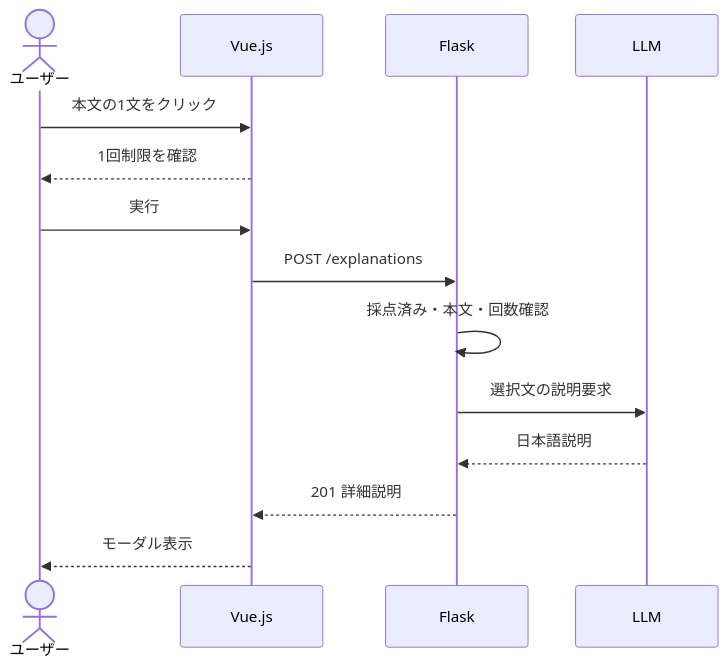
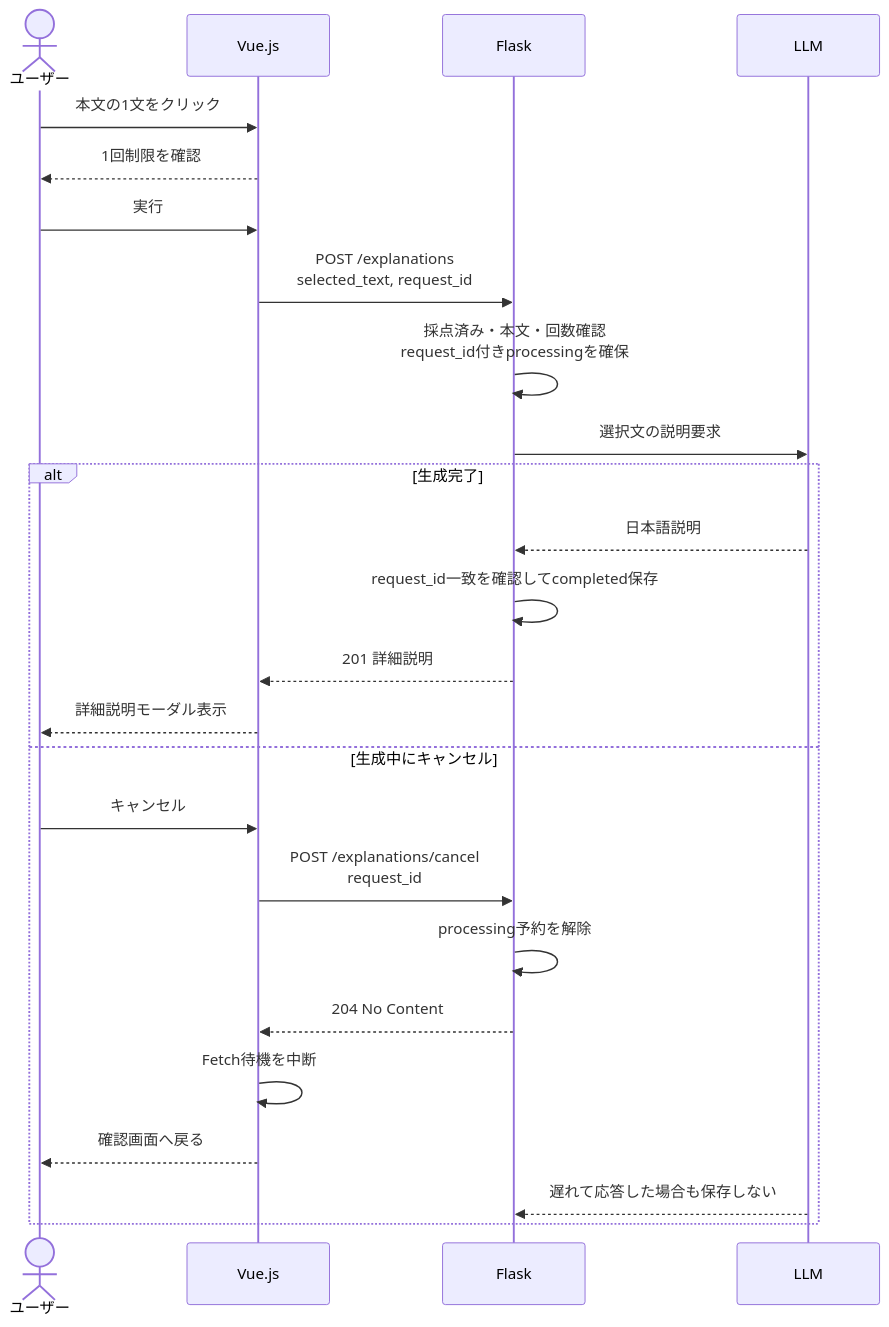
Before and after one commit to mie-u-psd-2026/mu-psd08: the fifth of 6 diagrams in design-document.md, drawn with Mermaid. The commit also changed other lines of this file, not shown here.

````diff
--- a/design-document.md
+++ b/design-document.md
@@ -777,17 +1291,53 @@
 ```mermaid
+
 sequenceDiagram
+
     actor U as ユーザー
+
     participant V as Vue.js
+
     participant F as Flask
+
     participant L as LLM
 
     U->>V: 本文の1文をクリック
+
     V-->>U: 1回制限を確認
+
     U->>V: 実行
-    V->>F: POST /explanations
-    F->>F: 採点済み・本文・回数確認
+
+    V->>F: POST /explanations<br/>selected_text, request_id
+
+    F->>F: 採点済み・本文・回数確認<br/>request_id付きprocessingを確保
+
     F->>L: 選択文の説明要求
-    L-->>F: 日本語説明
-    F-->>V: 201 詳細説明
-    V-->>U: モーダル表示
+
+    alt 生成完了
+
+        L-->>F: 日本語説明
+
+        F->>F: request_id一致を確認してcompleted保存
+
+        F-->>V: 201 詳細説明
+
+        V-->>U: 詳細説明モーダル表示
+
+    else 生成中にキャンセル
+
+        U->>V: キャンセル
+
+        V->>F: POST /explanations/cancel<br/>request_id
+
+        F->>F: processing予約を解除
+
+        F-->>V: 204 No Content
+
+        V->>V: Fetch待機を中断
+
+        V-->>U: 確認画面へ戻る
+
+        L-->>F: 遅れて応答した場合も保存しない
+
+    end
+
 ```
````
